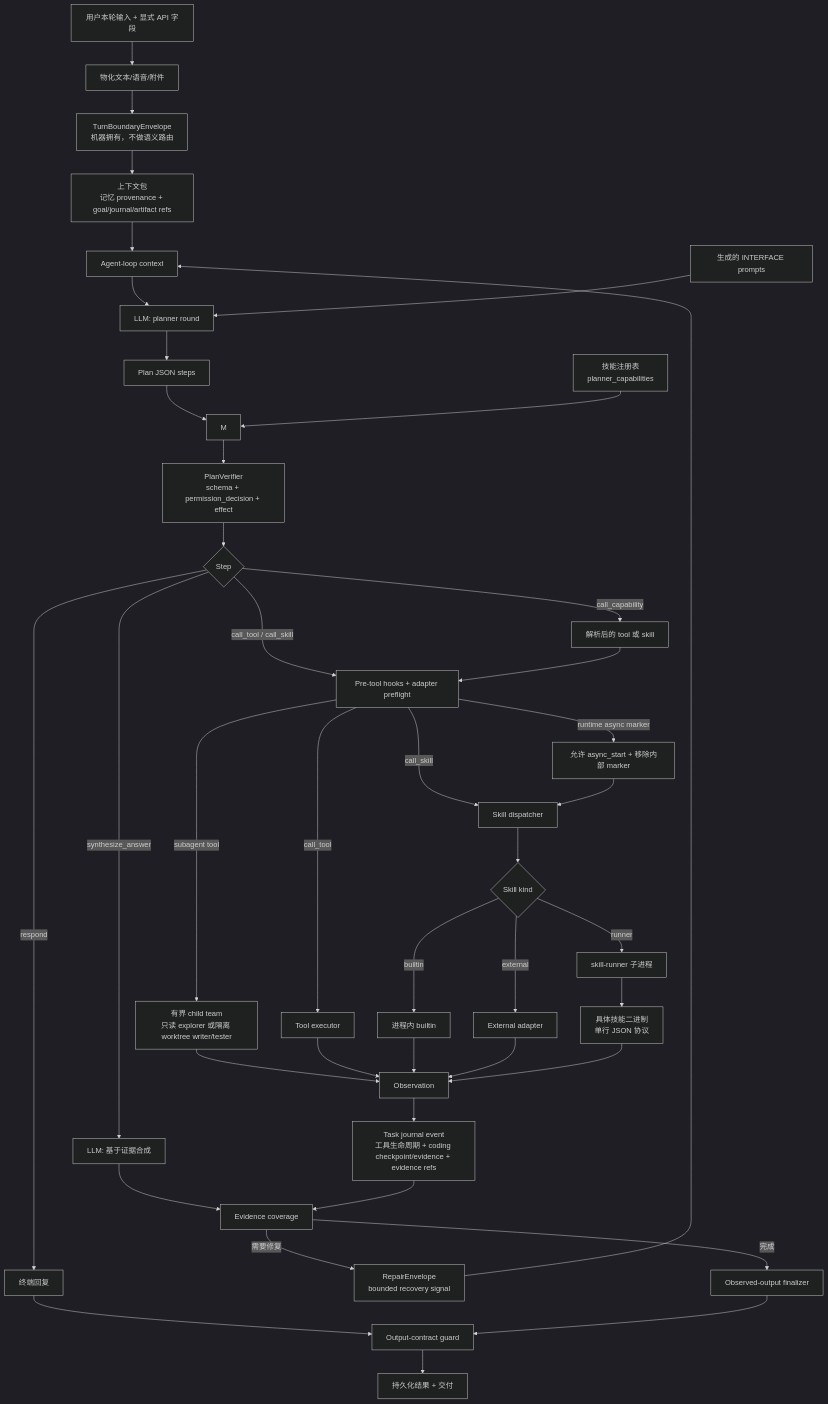
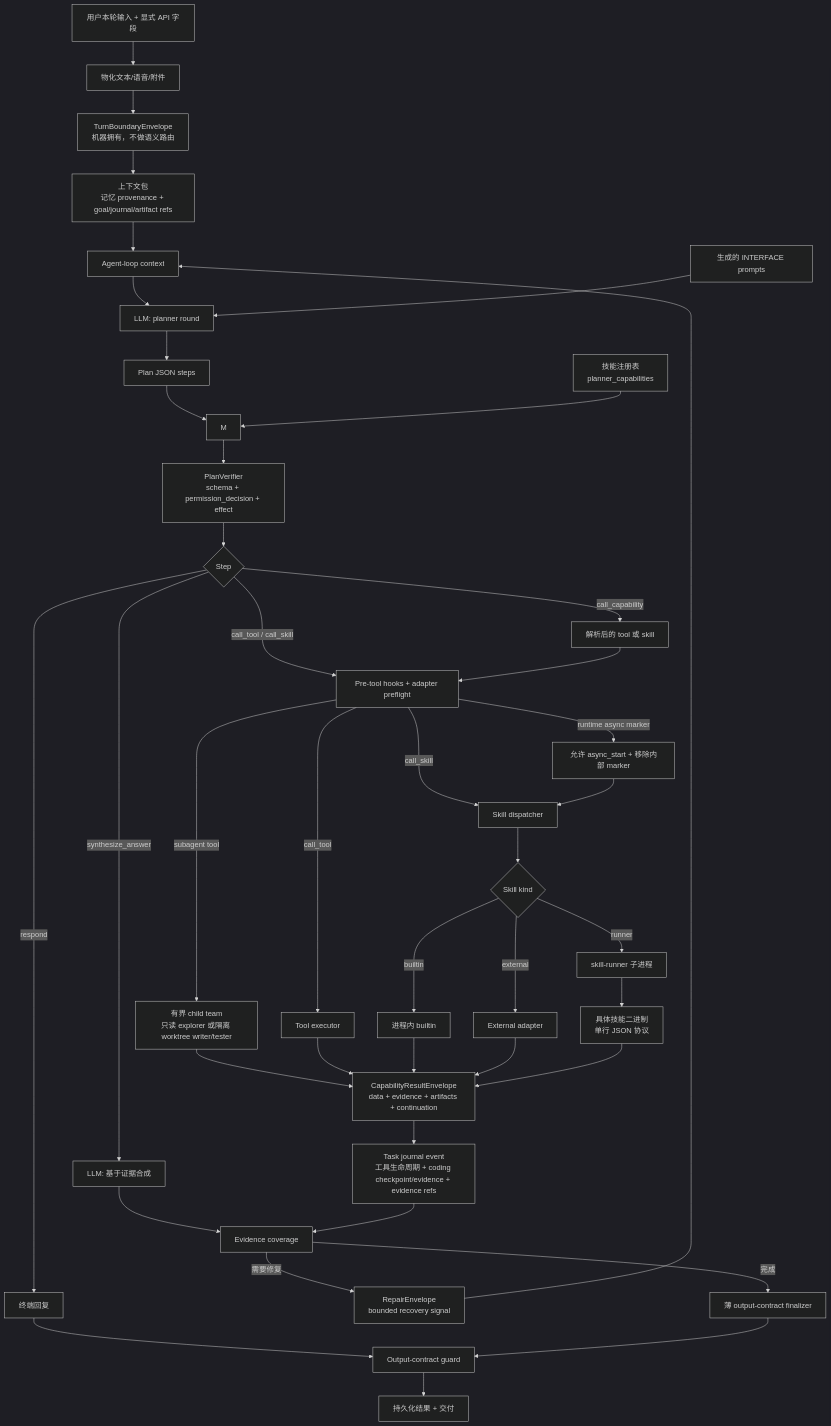
The second of 11 diagrams in README.zh-CN.md (MatrixCoreX/RustClaw), drawn with Mermaid (dark theme) before and after one commit. The commit also changed other lines of this file and 208 other files, not shown here.

````diff
--- a/README.zh-CN.md
+++ b/README.zh-CN.md
@@ -114,43 +114,43 @@
 ```mermaid
 flowchart TD
     A[用户本轮输入 + 显式 API 字段] --> B[物化文本/语音/附件]
     B --> C[TurnBoundaryEnvelope<br/>机器拥有，不做语义路由]
     C --> D[上下文包<br/>记忆 provenance + goal/journal/artifact refs]
     D --> G[Agent-loop context]
     G --> K[LLM: planner round]
     K --> L[Plan JSON steps]
     L --> M
     N[技能注册表<br/>planner_capabilities] --> M
     O[生成的 INTERFACE prompts] --> K
     M --> P[PlanVerifier<br/>schema + permission_decision + effect]
     P --> Q{Step}
     Q -->|call_capability| R[解析后的 tool 或 skill]
     Q -->|call_tool / call_skill| QA[Pre-tool hooks + adapter preflight]
     R --> QA
     QA -->|runtime async marker| AR[允许 async_start + 移除内部 marker]
     QA -->|subagent tool| SS[有界 child team<br/>只读 explorer 或隔离 worktree writer/tester]
     QA -->|call_tool| S[Tool executor]
     QA -->|call_skill| T[Skill dispatcher]
     AR --> T
     T --> U{Skill kind}
     U -->|builtin| V[进程内 builtin]
     U -->|external| W[External adapter]
     U -->|runner| X[skill-runner 子进程]
     X --> Y[具体技能二进制<br/>单行 JSON 协议]
     SS --> Z
-    S --> Z[Observation]
+    S --> Z[CapabilityResultEnvelope<br/>data + evidence + artifacts + continuation]
     V --> Z
     W --> Z
     Y --> Z
     Z --> ZEV[Task journal event<br/>工具生命周期 + coding checkpoint/evidence + evidence refs]
     Q -->|synthesize_answer| ZA[LLM: 基于证据合成]
     Q -->|respond| ZB[终端回复]
     ZA --> ZC[Evidence coverage]
     ZEV --> ZC
     ZC -->|需要修复| ZR[RepairEnvelope<br/>bounded recovery signal]
     ZR --> G
-    ZC -->|完成| ZD[Observed-output finalizer]
+    ZC -->|完成| ZD[薄 output-contract finalizer]
     ZB --> ZE[Output-contract guard]
     ZD --> ZE
     ZE --> ZF[持久化结果 + 交付]
 ```
````
